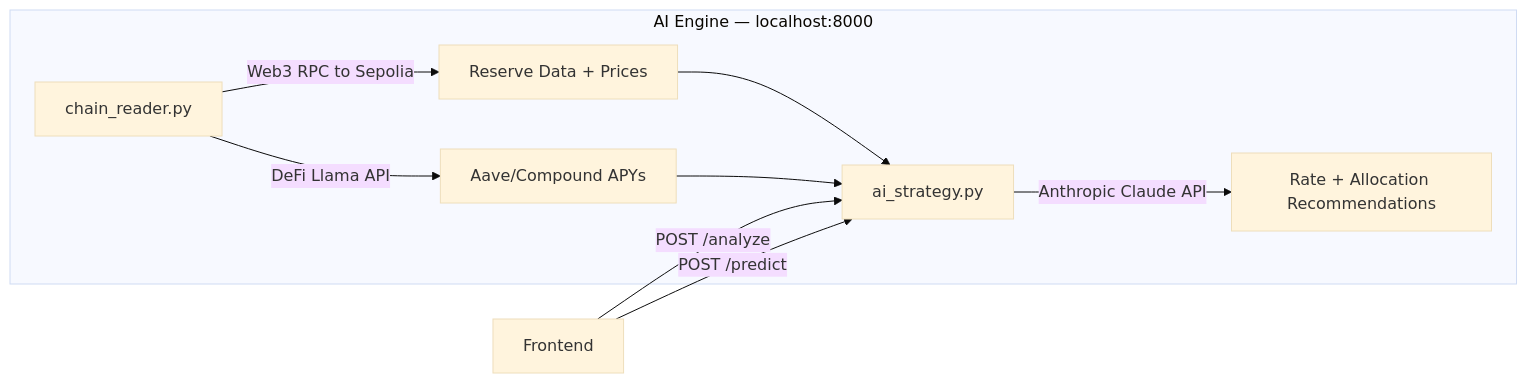
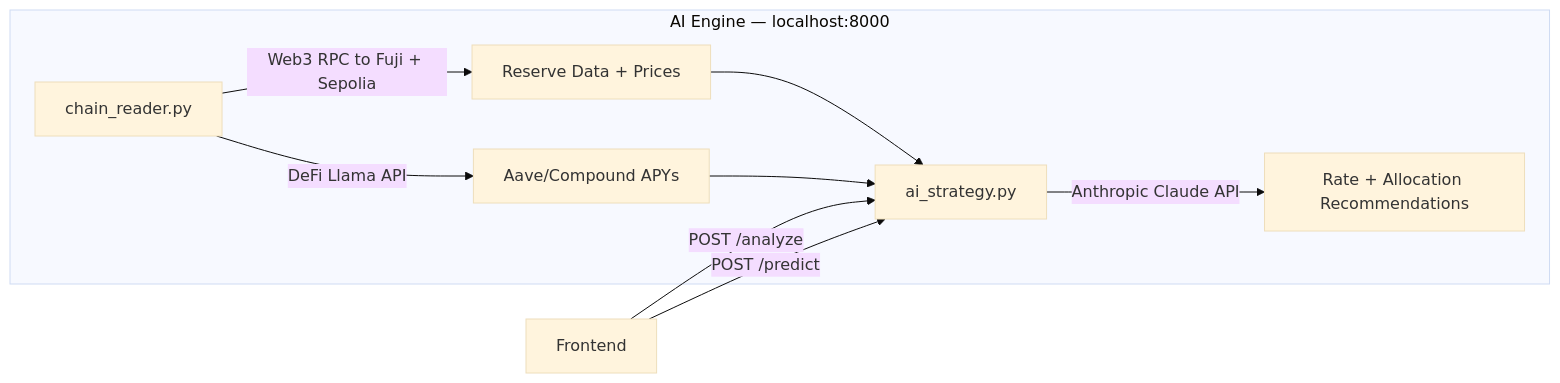
The third of 4 diagrams in README.md (BitBand-Labs/aion-yields), drawn with Mermaid (base theme) before and after one commit. The commit also changed other lines of this file and 2 other files, not shown here.

````diff
--- a/README.md
+++ b/README.md
@@ -199,13 +200,13 @@
 ```mermaid
 flowchart LR
     subgraph "AI Engine — localhost:8000"
-        CR[chain_reader.py] -->|Web3 RPC to Sepolia| Data[Reserve Data + Prices]
+        CR[chain_reader.py] -->|Web3 RPC to Fuji + Sepolia| Data[Reserve Data + Prices]
         CR -->|DeFi Llama API| ExtAPY[Aave/Compound APYs]
         Data --> AS[ai_strategy.py]
         ExtAPY --> AS
         AS -->|Anthropic Claude API| Rec[Rate + Allocation Recommendations]
     end
 
     FE[Frontend] -->|POST /analyze| AS
     FE -->|POST /predict| AS
 ```
````
